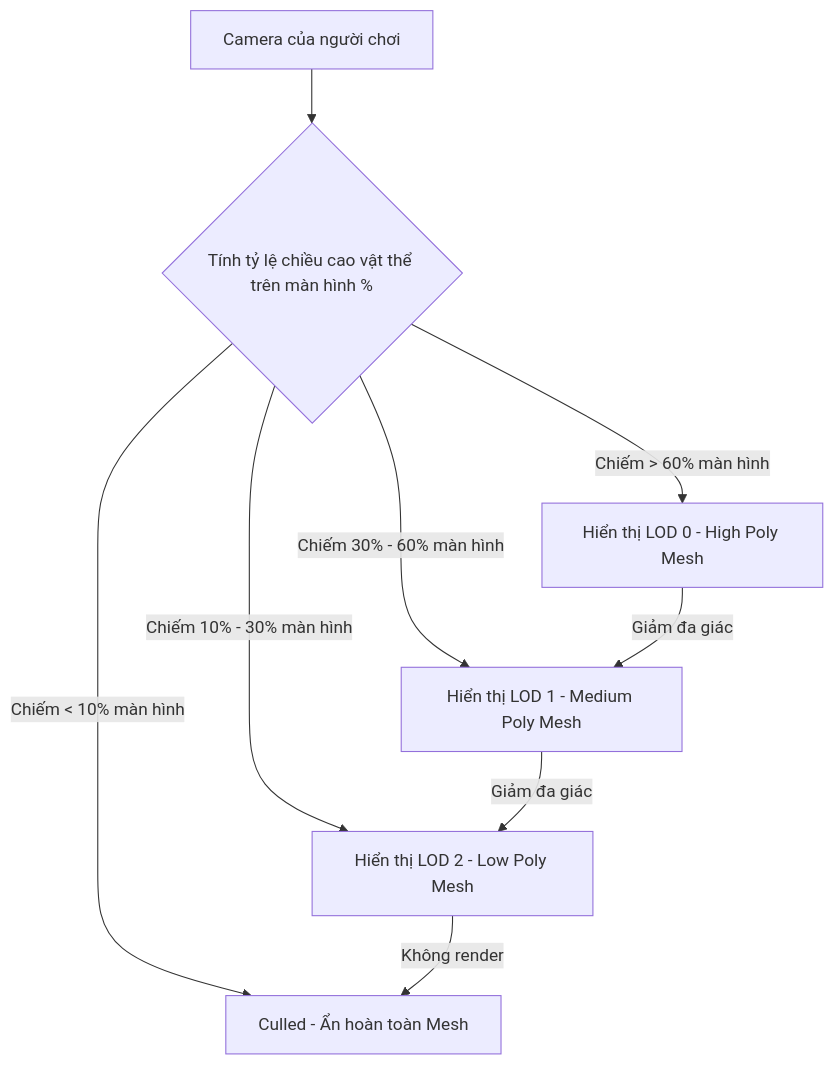
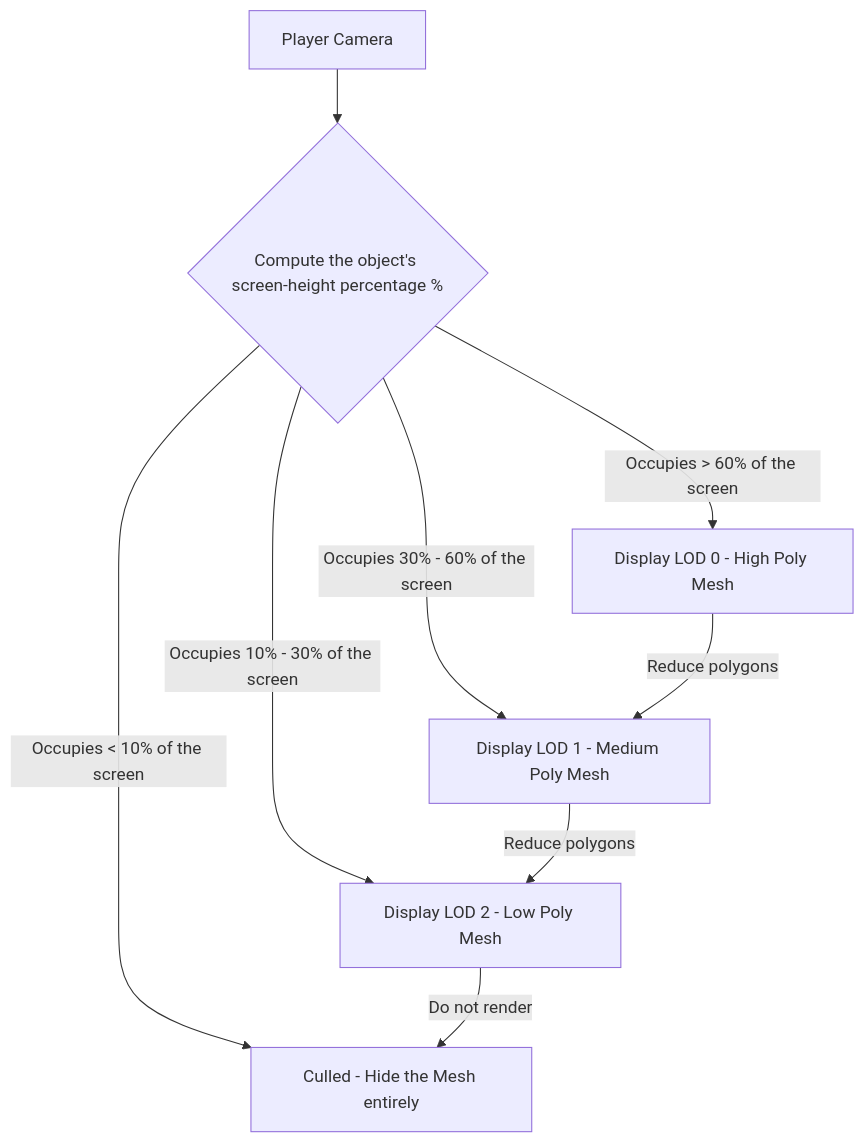
The diagram in Doc/en/03-Unity/01-Manual/13-World-Building/00-world-building-overview.md (bugkodc/Road_Map_GameDev), drawn with Mermaid before and after one commit. The commit also changed other lines of this file and 38 other files, not shown here.

First line of the commit message:
Translate residual Vietnamese in English docs (diagrams, code, strings)

````diff
--- a/Doc/en/03-Unity/01-Manual/13-World-Building/00-world-building-overview.md
+++ b/Doc/en/03-Unity/01-Manual/13-World-Building/00-world-building-overview.md
@@ -57,13 +57,13 @@
 ```mermaid
 graph TD
-    A[Camera của người chơi] --> B{Tính tỷ lệ chiều cao vật thể trên màn hình %}
+    A[Player Camera] --> B{Compute the object's screen-height percentage %}
     
-    B -->|Chiếm > 60% màn hình| C[Hiển thị LOD 0 - High Poly Mesh]
-    B -->|Chiếm 30% - 60% màn hình| D[Hiển thị LOD 1 - Medium Poly Mesh]
-    B -->|Chiếm 10% - 30% màn hình| E[Hiển thị LOD 2 - Low Poly Mesh]
-    B -->|Chiếm < 10% màn hình| F[Culled - Ẩn hoàn toàn Mesh]
+    B -->|Occupies > 60% of the screen| C[Display LOD 0 - High Poly Mesh]
+    B -->|Occupies 30% - 60% of the screen| D[Display LOD 1 - Medium Poly Mesh]
+    B -->|Occupies 10% - 30% of the screen| E[Display LOD 2 - Low Poly Mesh]
+    B -->|Occupies < 10% of the screen| F[Culled - Hide the Mesh entirely]
     
-    C -->|Giảm đa giác| D
-    D -->|Giảm đa giác| E
-    E -->|Không render| F
+    C -->|Reduce polygons| D
+    D -->|Reduce polygons| E
+    E -->|Do not render| F
 ```
````
